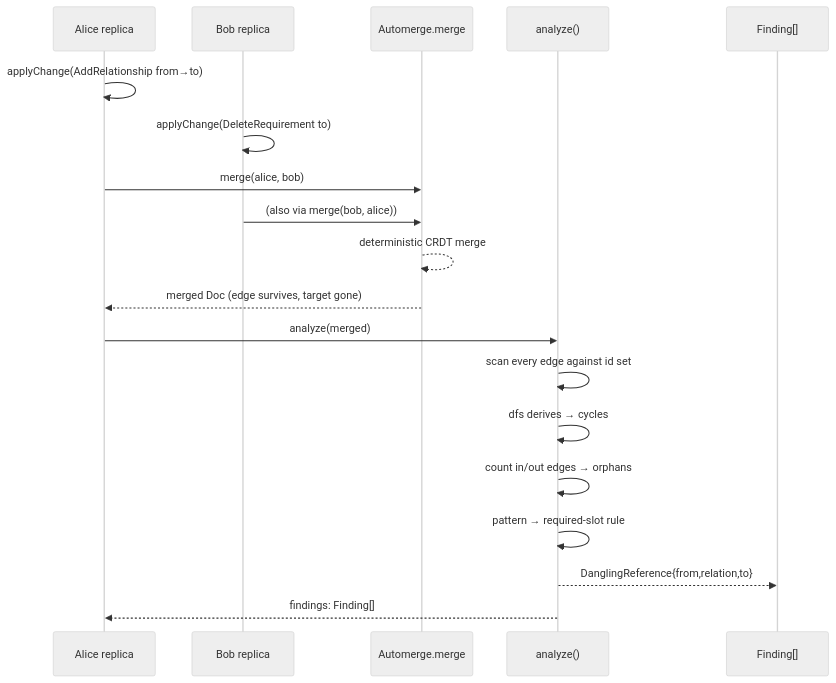
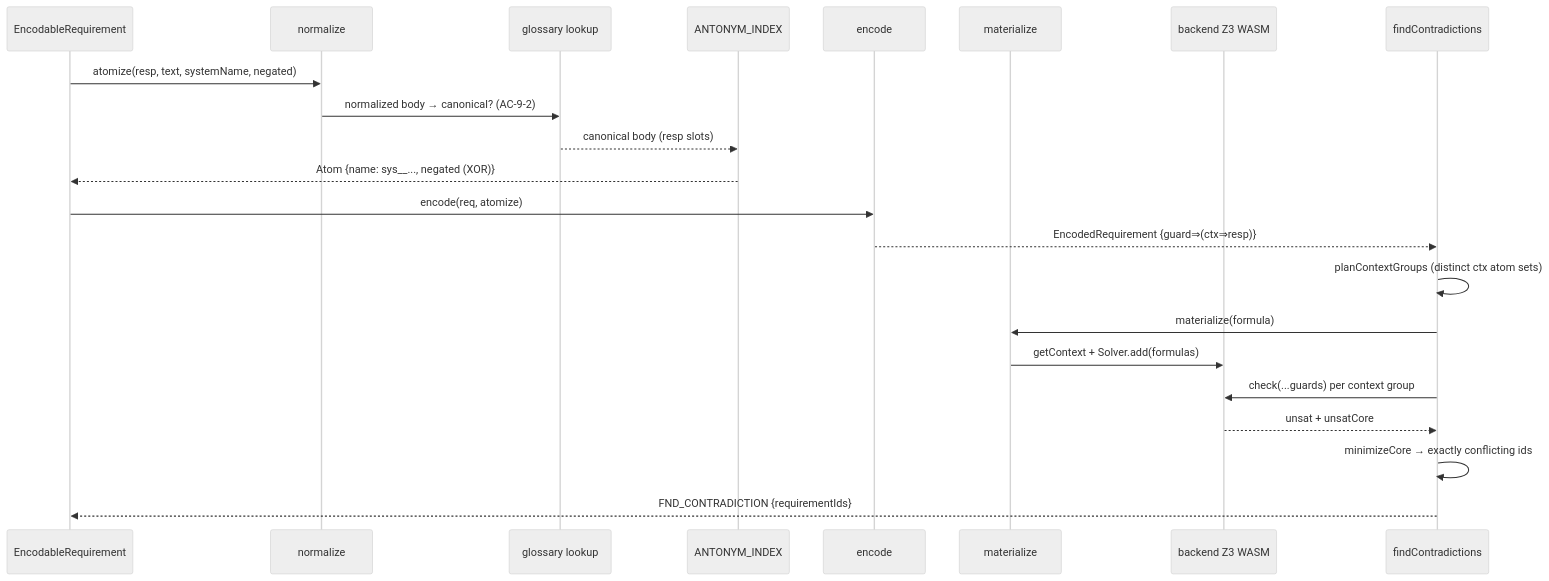
Before and after one commit to theagenticguy/symspec: the second of 3 diagrams in docs/architecture/data-flow.md, drawn with Mermaid (neutral theme). The commit also changed other lines of this file and 20 other files, not shown here.

````diff
--- a/docs/architecture/data-flow.md
+++ b/docs/architecture/data-flow.md
@@ -43,22 +44,24 @@
 ```mermaid
 sequenceDiagram
-    participant Alice as Alice replica
-    participant Bob as Bob replica
-    participant AM as Automerge.merge
-    participant Analyze as analyze()
-    participant Findings as Finding[]
-
-    Alice->>Alice: applyChange(AddRelationship from→to)
-    Bob->>Bob: applyChange(DeleteRequirement to)
-    Alice->>AM: merge(alice, bob)
-    Bob->>AM: (also via merge(bob, alice))
-    AM-->>AM: deterministic CRDT merge
-    AM-->>Alice: merged Doc (edge survives, target gone)
-    Alice->>Analyze: analyze(merged)
-    Analyze->>Analyze: scan every edge against id set
-    Analyze->>Analyze: dfs derives → cycles
-    Analyze->>Analyze: count in/out edges → orphans
-    Analyze->>Analyze: pattern → required-slot rule
-    Analyze-->>Findings: DanglingReference{from,relation,to}
-    Analyze-->>Alice: findings: Finding[]
+    participant Req as EncodableRequirement
+    participant Norm as normalize
+    participant Gloss as glossary lookup
+    participant Ant as ANTONYM_INDEX
+    participant Enc as encode
+    participant Mat as materialize
+    participant Z3 as backend Z3 WASM
+    participant Find as findContradictions
+    Req->>Norm: atomize(resp, text, systemName, negated)
+    Norm->>Gloss: normalized body → canonical? (AC-9-2)
+    Gloss-->>Ant: canonical body (resp slots)
+    Ant-->>Req: Atom {name: sys__..., negated (XOR)}
+    Req->>Enc: encode(req, atomize)
+    Enc-->>Find: EncodedRequirement {guard⇒(ctx⇒resp)}
+    Find->>Find: planContextGroups (distinct ctx atom sets)
+    Find->>Mat: materialize(formula)
+    Mat->>Z3: getContext + Solver.add(formulas)
+    Find->>Z3: check(...guards) per context group
+    Z3-->>Find: unsat + unsatCore
+    Find->>Find: minimizeCore → exactly conflicting ids
+    Find-->>Req: FND_CONTRADICTION {requirementIds}
 ```
````
